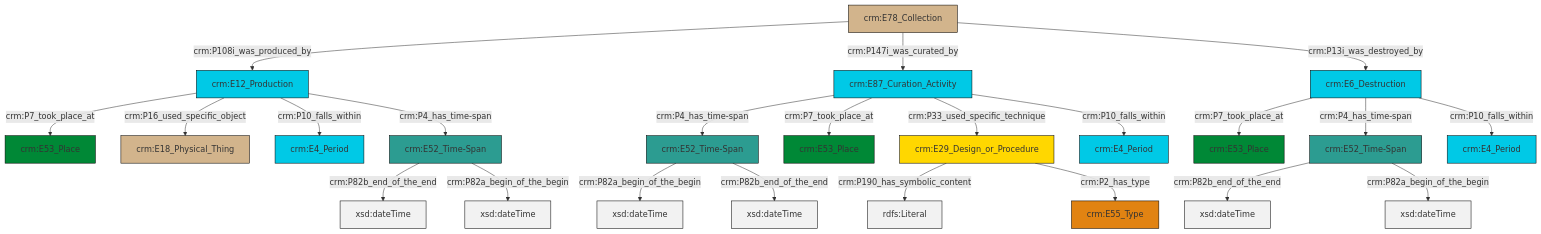
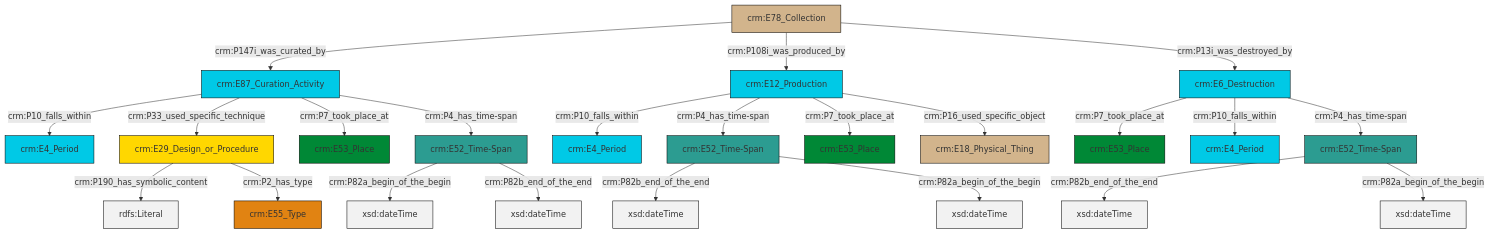
The diagram in et/archivalCSV/ttl/mmd/archival_existence.ttl.mmd (swiss-art-research-net/docs.swissartresearch), drawn with Mermaid before and after one commit. The commit also changed 179 other files, not shown here.

```diff
--- a/et/archivalCSV/ttl/mmd/archival_existence.ttl.mmd
+++ b/et/archivalCSV/ttl/mmd/archival_existence.ttl.mmd
@@ -1,37 +1,37 @@
 graph TD
 classDef Literal fill:#f2f2f2,stroke:#000000;
 classDef CRM_Entity fill:#FFFFFF,stroke:#000000;
 classDef Temporal_Entity fill:#00C9E6, stroke:#000000;
 classDef Type fill:#E18312, stroke:#000000;
 classDef Time-Span fill:#2C9C91, stroke:#000000;
 classDef Appellation fill:#FFEB7F, stroke:#000000;
 classDef Place fill:#008836, stroke:#000000;
 classDef Persistent_Item fill:#B266B2, stroke:#000000;
 classDef Conceptual_Object fill:#FFD700, stroke:#000000;
 classDef Physical_Thing fill:#D2B48C, stroke:#000000;
 classDef Actor fill:#f58aad, stroke:#000000;
 classDef PC_Classes fill:#4ce600, stroke:#000000;
 classDef Multi fill:#cccccc,stroke:#000000;
 
-2["crm:E12_Production"]:::Temporal_Entity -->|crm:P7_took_place_at| 3["crm:E53_Place"]:::Place
-6["crm:E87_Curation_Activity"]:::Temporal_Entity -->|crm:P4_has_time-span| 4["crm:E52_Time-Span"]:::Time-Span
-8["crm:E52_Time-Span"]:::Time-Span -->|crm:P82b_end_of_the_end| 9[xsd:dateTime]:::Literal
-2["crm:E12_Production"]:::Temporal_Entity -->|crm:P16_used_specific_object| 10["crm:E18_Physical_Thing"]:::Physical_Thing
-0["crm:E29_Design_or_Procedure"]:::Conceptual_Object -->|crm:P190_has_symbolic_content| 11[rdfs:Literal]:::Literal
-8["crm:E52_Time-Span"]:::Time-Span -->|crm:P82a_begin_of_the_begin| 12[xsd:dateTime]:::Literal
-17["crm:E78_Collection"]:::Physical_Thing -->|crm:P108i_was_produced_by| 2["crm:E12_Production"]:::Temporal_Entity
-6["crm:E87_Curation_Activity"]:::Temporal_Entity -->|crm:P7_took_place_at| 21["crm:E53_Place"]:::Place
-6["crm:E87_Curation_Activity"]:::Temporal_Entity -->|crm:P33_used_specific_technique| 0["crm:E29_Design_or_Procedure"]:::Conceptual_Object
-0["crm:E29_Design_or_Procedure"]:::Conceptual_Object -->|crm:P2_has_type| 13["crm:E55_Type"]:::Type
-24["crm:E6_Destruction"]:::Temporal_Entity -->|crm:P7_took_place_at| 22["crm:E53_Place"]:::Place
-4["crm:E52_Time-Span"]:::Time-Span -->|crm:P82a_begin_of_the_begin| 26[xsd:dateTime]:::Literal
-19["crm:E52_Time-Span"]:::Time-Span -->|crm:P82b_end_of_the_end| 27[xsd:dateTime]:::Literal
-6["crm:E87_Curation_Activity"]:::Temporal_Entity -->|crm:P10_falls_within| 15["crm:E4_Period"]:::Temporal_Entity
-2["crm:E12_Production"]:::Temporal_Entity -->|crm:P10_falls_within| 33["crm:E4_Period"]:::Temporal_Entity
-2["crm:E12_Production"]:::Temporal_Entity -->|crm:P4_has_time-span| 19["crm:E52_Time-Span"]:::Time-Span
-17["crm:E78_Collection"]:::Physical_Thing -->|crm:P147i_was_curated_by| 6["crm:E87_Curation_Activity"]:::Temporal_Entity
-4["crm:E52_Time-Span"]:::Time-Span -->|crm:P82b_end_of_the_end| 37[xsd:dateTime]:::Literal
-19["crm:E52_Time-Span"]:::Time-Span -->|crm:P82a_begin_of_the_begin| 38[xsd:dateTime]:::Literal
-17["crm:E78_Collection"]:::Physical_Thing -->|crm:P13i_was_destroyed_by| 24["crm:E6_Destruction"]:::Temporal_Entity
-24["crm:E6_Destruction"]:::Temporal_Entity -->|crm:P4_has_time-span| 8["crm:E52_Time-Span"]:::Time-Span
-24["crm:E6_Destruction"]:::Temporal_Entity -->|crm:P10_falls_within| 31["crm:E4_Period"]:::Temporal_Entity
+0["crm:E6_Destruction"]:::Temporal_Entity -->|crm:P7_took_place_at| 1["crm:E53_Place"]:::Place
+6["crm:E78_Collection"]:::Physical_Thing -->|crm:P147i_was_curated_by| 7["crm:E87_Curation_Activity"]:::Temporal_Entity
+10["crm:E52_Time-Span"]:::Time-Span -->|crm:P82b_end_of_the_end| 11[xsd:dateTime]:::Literal
+10["crm:E52_Time-Span"]:::Time-Span -->|crm:P82a_begin_of_the_begin| 12[xsd:dateTime]:::Literal
+14["crm:E12_Production"]:::Temporal_Entity -->|crm:P10_falls_within| 8["crm:E4_Period"]:::Temporal_Entity
+16["crm:E29_Design_or_Procedure"]:::Conceptual_Object -->|crm:P190_has_symbolic_content| 17[rdfs:Literal]:::Literal
+7["crm:E87_Curation_Activity"]:::Temporal_Entity -->|crm:P10_falls_within| 18["crm:E4_Period"]:::Temporal_Entity
+7["crm:E87_Curation_Activity"]:::Temporal_Entity -->|crm:P33_used_specific_technique| 16["crm:E29_Design_or_Procedure"]:::Conceptual_Object
+19["crm:E52_Time-Span"]:::Time-Span -->|crm:P82b_end_of_the_end| 20[xsd:dateTime]:::Literal
+6["crm:E78_Collection"]:::Physical_Thing -->|crm:P108i_was_produced_by| 14["crm:E12_Production"]:::Temporal_Entity
+16["crm:E29_Design_or_Procedure"]:::Conceptual_Object -->|crm:P2_has_type| 26["crm:E55_Type"]:::Type
+0["crm:E6_Destruction"]:::Temporal_Entity -->|crm:P10_falls_within| 4["crm:E4_Period"]:::Temporal_Entity
+14["crm:E12_Production"]:::Temporal_Entity -->|crm:P4_has_time-span| 10["crm:E52_Time-Span"]:::Time-Span
+21["crm:E52_Time-Span"]:::Time-Span -->|crm:P82a_begin_of_the_begin| 28[xsd:dateTime]:::Literal
+21["crm:E52_Time-Span"]:::Time-Span -->|crm:P82b_end_of_the_end| 30[xsd:dateTime]:::Literal
+14["crm:E12_Production"]:::Temporal_Entity -->|crm:P7_took_place_at| 32["crm:E53_Place"]:::Place
+7["crm:E87_Curation_Activity"]:::Temporal_Entity -->|crm:P7_took_place_at| 2["crm:E53_Place"]:::Place
+7["crm:E87_Curation_Activity"]:::Temporal_Entity -->|crm:P4_has_time-span| 21["crm:E52_Time-Span"]:::Time-Span
+6["crm:E78_Collection"]:::Physical_Thing -->|crm:P13i_was_destroyed_by| 0["crm:E6_Destruction"]:::Temporal_Entity
+19["crm:E52_Time-Span"]:::Time-Span -->|crm:P82a_begin_of_the_begin| 35[xsd:dateTime]:::Literal
+14["crm:E12_Production"]:::Temporal_Entity -->|crm:P16_used_specific_object| 24["crm:E18_Physical_Thing"]:::Physical_Thing
+0["crm:E6_Destruction"]:::Temporal_Entity -->|crm:P4_has_time-span| 19["crm:E52_Time-Span"]:::Time-Span
```
